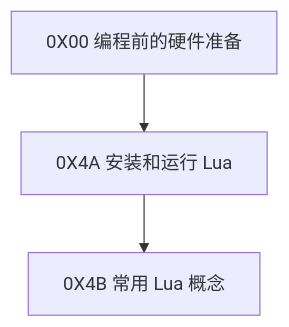
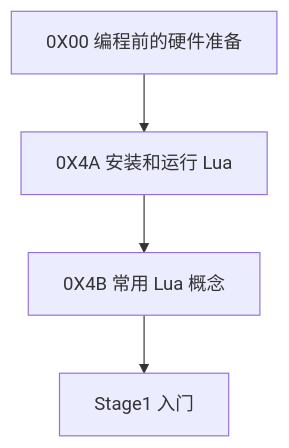
Before and after one commit to ZhiZe-ZG/TXLuaLesson: the second of 4 diagrams in 目录.md, drawn with Mermaid. The commit also changed other lines of this file and 19 other files, not shown here.

````diff
--- a/目录.md
+++ b/目录.md
@@ -24,9 +24,11 @@
 ```mermaid
 graph TD;
     C00[0X00 编程前的硬件准备]
     C4A[0X4A 安装和运行 Lua]
     C4B[0X4B 常用 Lua 概念]
+    S1[Stage1 入门]
 
     C00-->C4A
     C4A-->C4B
+    C4B-->S1
 ```
````
